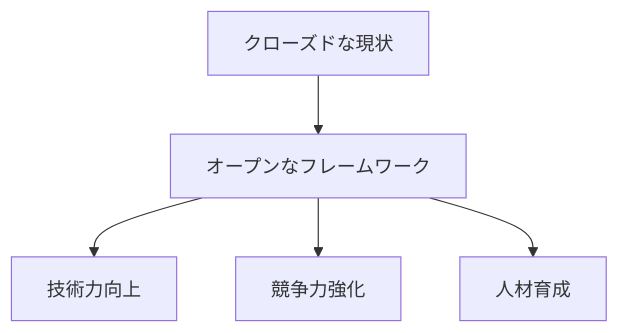
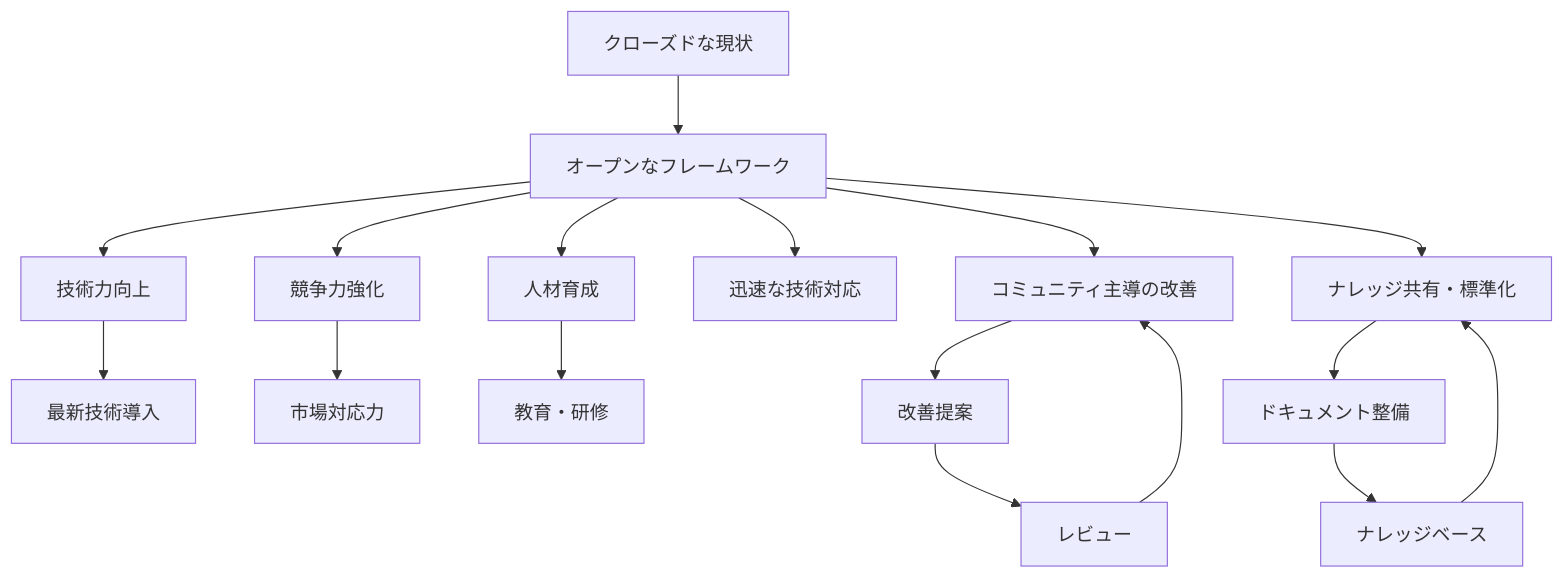
The second of 6 diagrams in docs/00_全体/02_構想.md (RyuheiKiso/KisoFramework), drawn with Mermaid before and after one commit. The commit also changed other lines of this file, not shown here.

````diff
--- a/docs/00_全体/02_構想.md
+++ b/docs/00_全体/02_構想.md
@@ -31,7 +67,19 @@
 ```mermaid
 flowchart TD
     A[クローズドな現状] --> B[オープンなフレームワーク]
     B --> C[技術力向上]
     B --> D[競争力強化]
     B --> E[人材育成]
+    B --> F[迅速な技術対応]
+    B --> G[コミュニティ主導の改善]
+    B --> H[ナレッジ共有・標準化]
+    C --> I[最新技術導入]
+    D --> J[市場対応力]
+    E --> K[教育・研修]
+    G --> L[改善提案]
+    L --> M[レビュー]
+    M --> G
+    H --> N[ドキュメント整備]
+    N --> O[ナレッジベース]
+    O --> H
 ```
````
